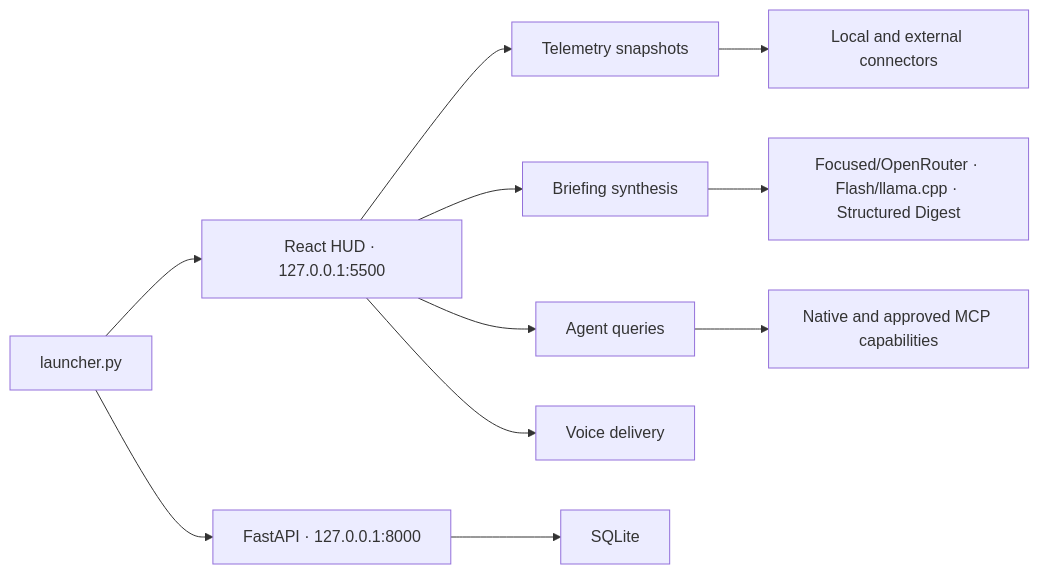
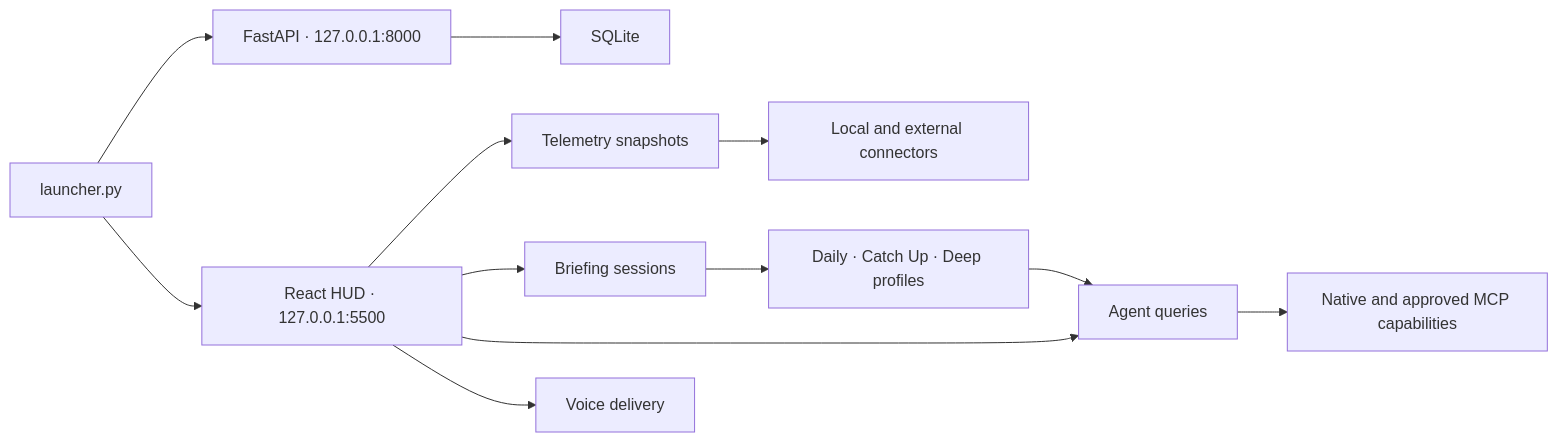
The diagram in README.md (edumarcano/APEX), drawn with Mermaid before and after one commit. The commit also changed other lines of this file and 106 other files, not shown here.

````diff
--- a/README.md
+++ b/README.md
@@ -84,13 +84,14 @@
 ```mermaid
 flowchart LR
     L["launcher.py"] --> API["FastAPI · 127.0.0.1:8000"]
     L --> HUD["React HUD · 127.0.0.1:5500"]
     HUD --> T["Telemetry snapshots"]
-    HUD --> B["Briefing synthesis"]
+    HUD --> B["Briefing sessions"]
     HUD --> A["Agent queries"]
     HUD --> V["Voice delivery"]
     T --> C["Local and external connectors"]
-    B --> M["Focused/OpenRouter · Flash/llama.cpp · Structured Digest"]
+    B --> M["Daily · Catch Up · Deep profiles"]
+    M --> A
     A --> P["Native and approved MCP capabilities"]
     API --> DB["SQLite"]
 ```
````
